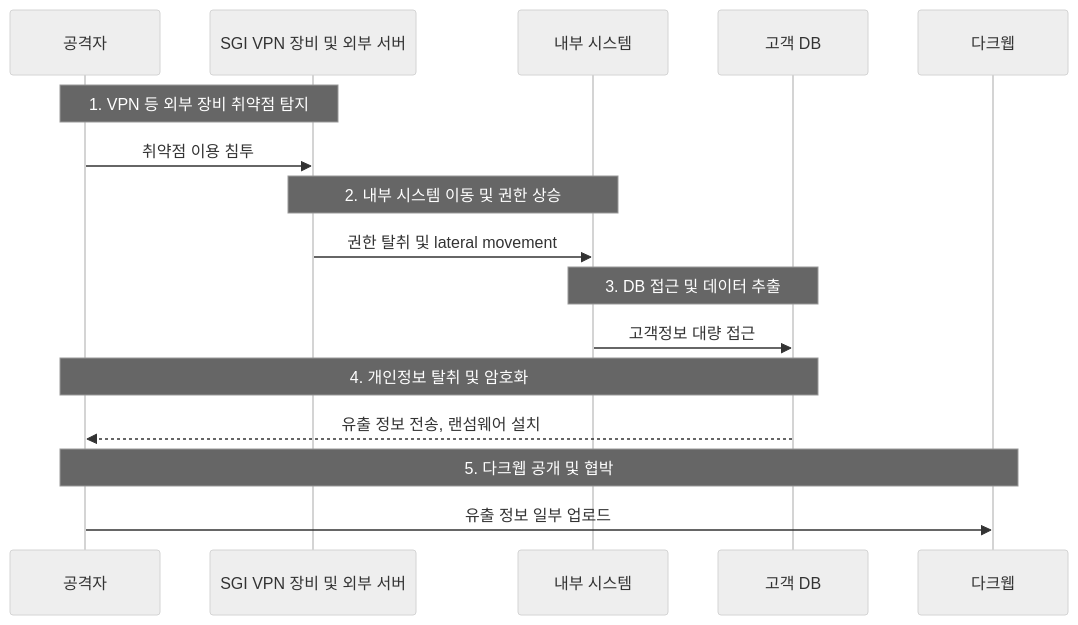
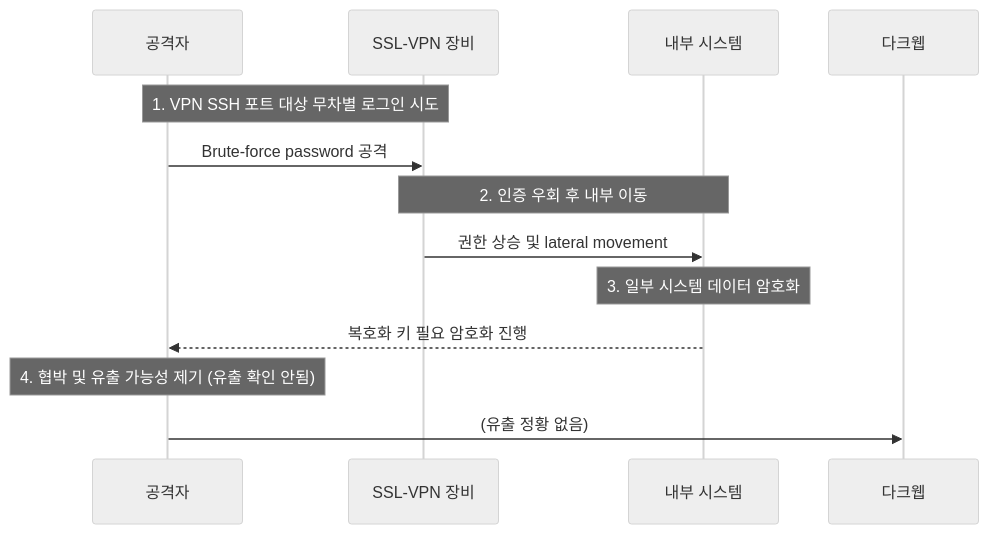
The diagram in content/ko/threats/case-sgic_credential_stuffing.md (qubitsec/blog), drawn with Mermaid (neutral theme) before and after one commit. The commit also changed other lines of this file, not shown here.

`````diff
--- a/content/ko/threats/case-sgic_credential_stuffing.md
+++ b/content/ko/threats/case-sgic_credential_stuffing.md
@@ -61,23 +63,19 @@
 ```mermaid
 sequenceDiagram
     participant 공격자
-    participant SGI서버 as SGI VPN 장비 및 외부 서버
+    participant SGI서버 as SSL-VPN 장비
     participant 내부망 as 내부 시스템
-    participant DB as 고객 DB
     participant 다크웹
 
-    Note over 공격자, SGI서버: 1. VPN 등 외부 장비 취약점 탐지
-    공격자->>SGI서버: 취약점 이용 침투
+    Note over 공격자, SGI서버: 1. VPN SSH 포트 대상 무차별 로그인 시도
+    공격자->>SGI서버: Brute-force password 공격
 
-    Note over SGI서버, 내부망: 2. 내부 시스템 이동 및 권한 상승
-    SGI서버->>내부망: 권한 탈취 및 lateral movement
+    Note over SGI서버, 내부망: 2. 인증 우회 후 내부 이동
+    SGI서버->>내부망: 권한 상승 및 lateral movement
 
-    Note over 내부망, DB: 3. DB 접근 및 데이터 추출
-    내부망->>DB: 고객정보 대량 접근
+    Note over 내부망: 3. 일부 시스템 데이터 암호화
+    내부망-->>공격자: 복호화 키 필요 암호화 진행
 
-    Note over DB, 공격자: 4. 개인정보 탈취 및 암호화
-    DB-->>공격자: 유출 정보 전송, 랜섬웨어 설치
-
-    Note over 공격자, 다크웹: 5. 다크웹 공개 및 협박
-    공격자->>다크웹: 유출 정보 일부 업로드
+    Note over 공격자: 4. 협박 및 유출 가능성 제기 (유출 확인 안됨)
+    공격자->>다크웹: (유출 정황 없음)
 ````
`````
